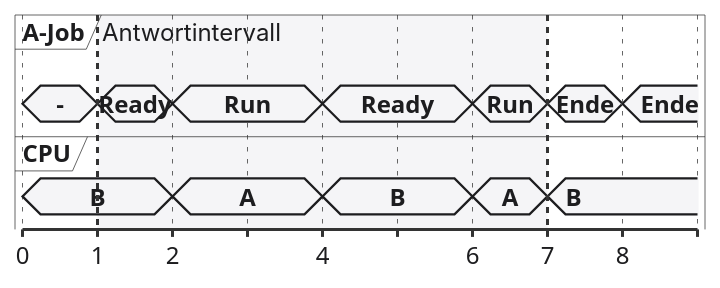
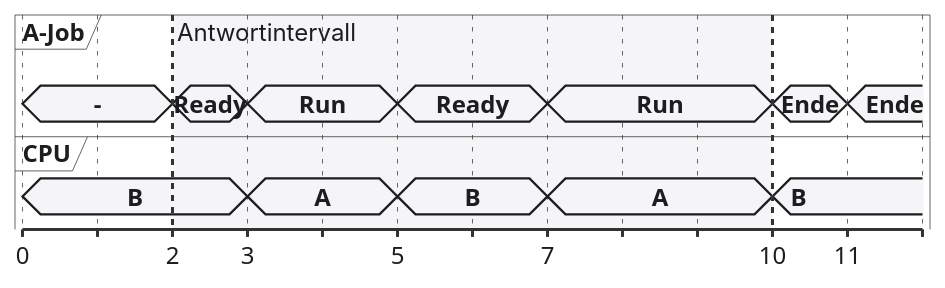
One commit to dantschi/echtzeitsysteme changed the first of 3 diagrams in vorlesungen/07_tracing-timing-analyse.qmd. Above: the diagram before and after it, drawn with PlantUML. The commit also changed other lines of this file and 23 other files, not shown here.

````diff
--- a/vorlesungen/07_tracing-timing-analyse.qmd
+++ b/vorlesungen/07_tracing-timing-analyse.qmd
@@ -219,51 +221,51 @@
 ```{.plantuml}
 @startuml
 skinparam backgroundColor transparent
 skinparam defaultFontName "Inter, sans-serif"
 skinparam defaultFontSize 16
 skinparam defaultFontColor #1D1D1F
 skinparam ArrowColor #86868B
 skinparam NoteBackgroundColor #F5F5F7
 skinparam NoteBorderColor #E5E5EA
 skinparam timing {
   BackgroundColor #FFFFFF
   BorderColor #E5E5EA
   LineColor #1D1D1F
   SignalColor #E2001A
 }
 <style>
 timingDiagram {
   FontName sans-serif
   concise {
     FontName sans-serif
     LineColor #1D1D1F
     BackGroundColor #F5F5F7
     FontColor #1D1D1F
   }
 }
 </style>
 concise "A-Job" as A
 concise "CPU" as C
 @0
 A is "–"
 C is "B"
-@1
+@2
 A is "Ready"
-@2
+@3
 A is "Run"
 C is "A"
-@4
+@5
 A is "Ready"
 C is "B"
-@6
+@7
 A is "Run"
 C is "A"
-@7
+@10
 A is "Ende"
 C is "B"
-@8
+@11
 A is "Ende"
-highlight 1 to 7 #F5F5F7 : Antwortintervall
+highlight 2 to 10 #F5F5F7 : Antwortintervall
 
 @enduml
 ```
````
